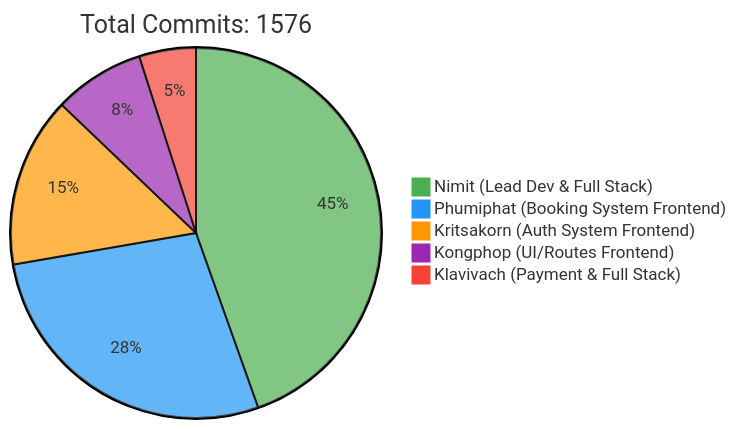
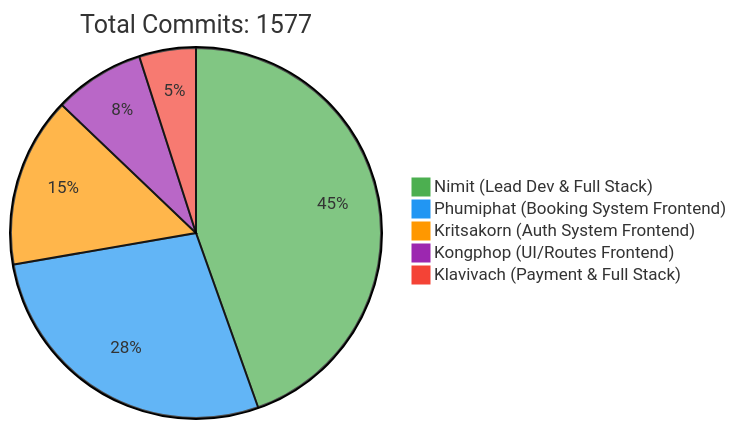
One commit to 6531503042/Sport-Complex changed the first of 2 diagrams in README.md. Above: the diagram before and after it, drawn with Mermaid. The commit also changed other lines of this file, not shown here.

Commit message:
docs: Update contributor statistics [skip ci]

````diff
--- a/README.md
+++ b/README.md
@@ -257,10 +257,10 @@
 ```mermaid
 %%{init: {'theme': 'base', 'themeVariables': { 'pie1': '#4CAF50', 'pie2': '#2196F3', 'pie3': '#FF9800', 'pie4': '#9C27B0', 'pie5': '#F44336'}}}%%
 pie
-    title Total Commits: 1576
+    title Total Commits: 1577
     "Nimit (Lead Dev & Full Stack)" : 450
     "Phumiphat (Booking System Frontend)" : 280
     "Kritsakorn (Auth System Frontend)" : 150
     "Kongphop (UI/Routes Frontend)" : 80
     "Klavivach (Payment & Full Stack)" : 50
 ```
````
